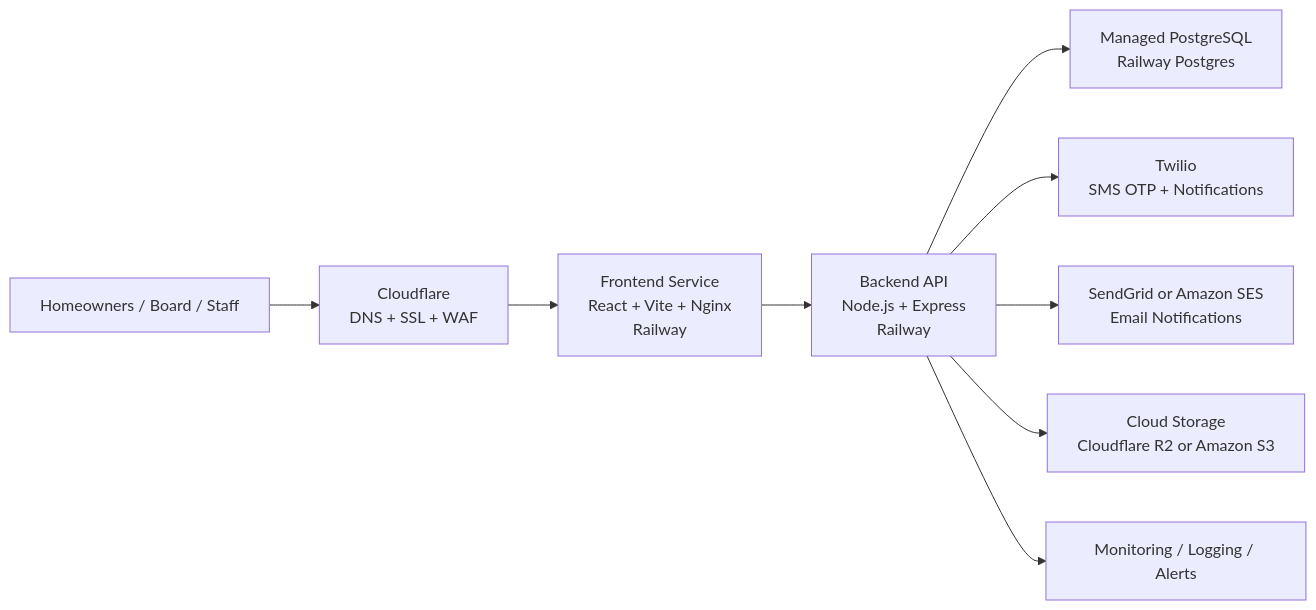
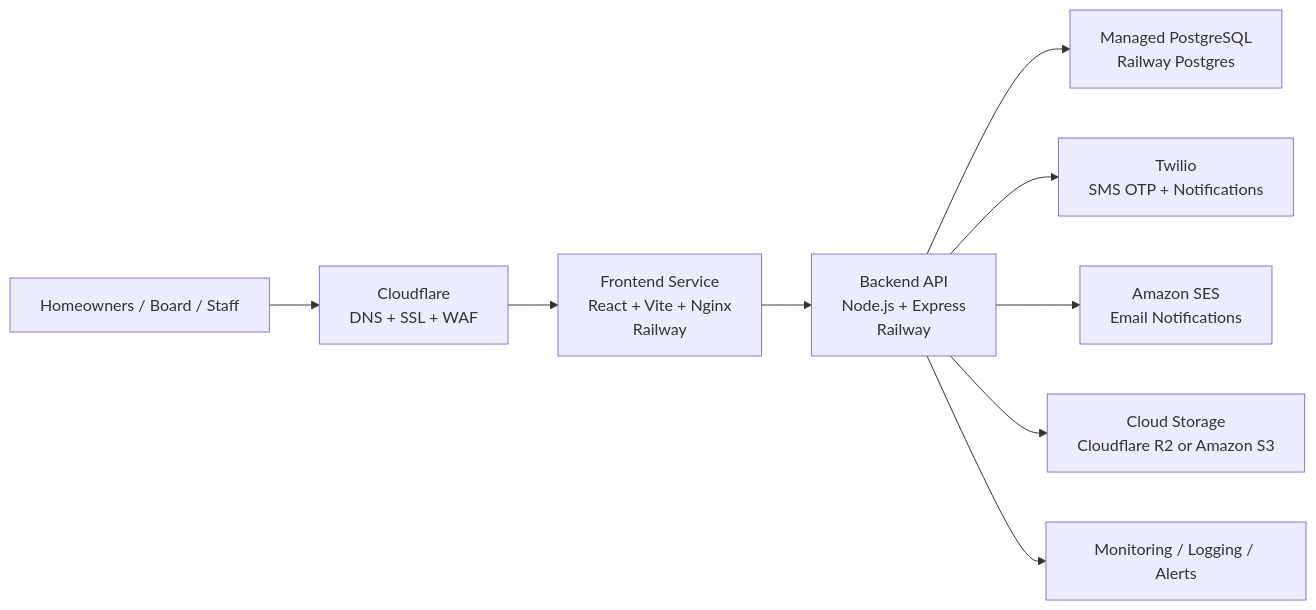
The diagram in PRODUCTION_ARCHITECTURE_OVERVIEW.md (samtronics786-lab/hoa-portal), drawn with Mermaid before and after one commit. The commit also changed other lines of this file and 7 other files, not shown here.

Commit message:
Remove SendGrid email provider references

````diff
--- a/PRODUCTION_ARCHITECTURE_OVERVIEW.md
+++ b/PRODUCTION_ARCHITECTURE_OVERVIEW.md
@@ -10,11 +10,11 @@
 ```mermaid
 flowchart LR
     U["Homeowners / Board / Staff"] --> CF["Cloudflare<br/>DNS + SSL + WAF"]
     CF --> FE["Frontend Service<br/>React + Vite + Nginx<br/>Railway"]
     FE --> API["Backend API<br/>Node.js + Express<br/>Railway"]
     API --> DB["Managed PostgreSQL<br/>Railway Postgres"]
     API --> SMS["Twilio<br/>SMS OTP + Notifications"]
-    API --> MAIL["SendGrid or Amazon SES<br/>Email Notifications"]
+    API --> MAIL["Amazon SES<br/>Email Notifications"]
     API --> STORE["Cloud Storage<br/>Cloudflare R2 or Amazon S3"]
     API --> MON["Monitoring / Logging / Alerts"]
 ```
````
